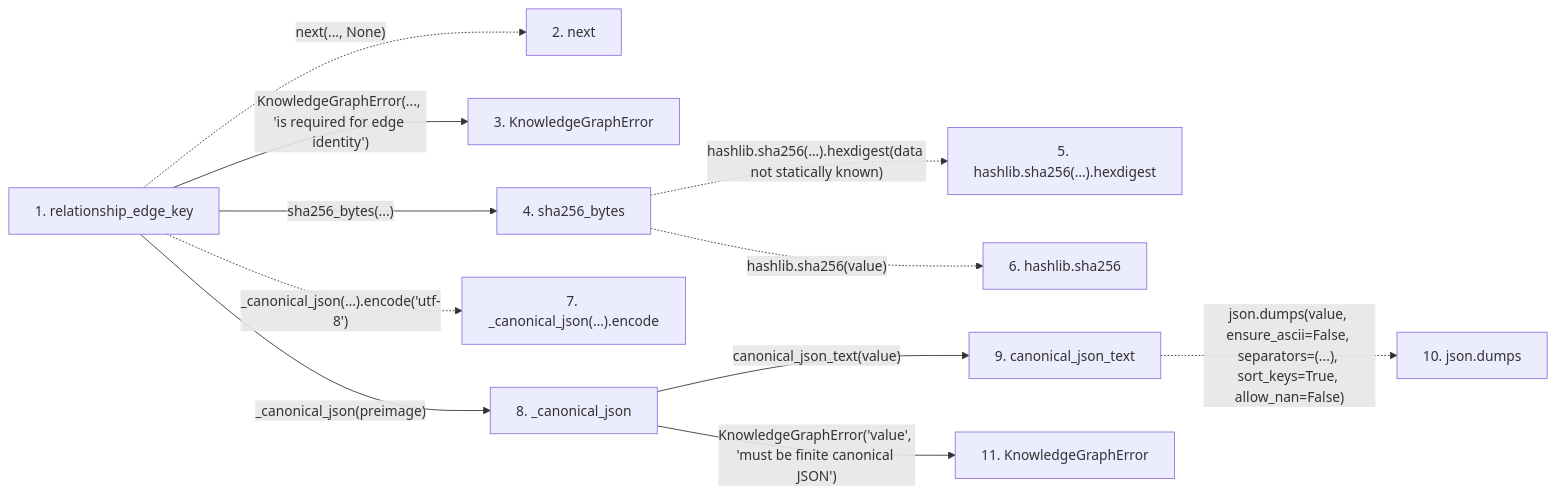
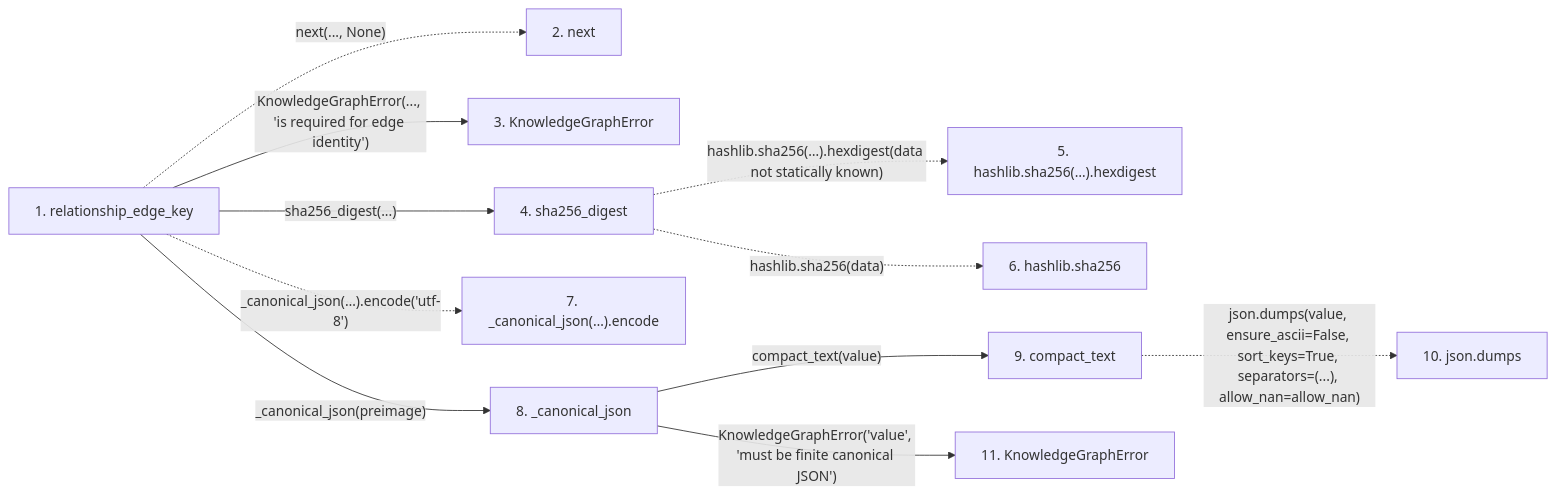
One commit to Denissvgn/python-wiki-llm changed the second of 2 diagrams in docs/llm_wiki/flows/api-relationship_edge_key.md. Above: the diagram before and after it, drawn with Mermaid. The commit also changed other lines of this file and 1555 other files, not shown here.

````diff
--- a/docs/llm_wiki/flows/api-relationship_edge_key.md
+++ b/docs/llm_wiki/flows/api-relationship_edge_key.md
@@ -70,30 +70,30 @@
 ```mermaid
 flowchart LR
     s1["1. relationship_edge_key"]
     s2["2. next"]
     s3["3. KnowledgeGraphError"]
-    s4["4. sha256_bytes"]
+    s4["4. sha256_digest"]
     s5["5. hashlib.sha256(…).hexdigest"]
     s6["6. hashlib.sha256"]
     s7["7. _canonical_json(…).encode"]
     s8["8. _canonical_json"]
-    s9["9. canonical_json_text"]
+    s9["9. compact_text"]
     s10["10. json.dumps"]
     s11["11. KnowledgeGraphError"]
     s1 -. "next(..., None)" .-> s2
     s1 -->|"KnowledgeGraphError(..., 'is required for edge identity')"| s3
-    s1 -->|"sha256_bytes(...)"| s4
+    s1 -->|"sha256_digest(...)"| s4
     s4 -. "hashlib.sha256(…).hexdigest(data not statically known)" .-> s5
-    s4 -. "hashlib.sha256(value)" .-> s6
+    s4 -. "hashlib.sha256(data)" .-> s6
     s1 -. "_canonical_json(…).encode('utf-8')" .-> s7
     s1 -->|"_canonical_json(preimage)"| s8
-    s8 -->|"canonical_json_text(value)"| s9
-    s9 -. "json.dumps(value, ensure_ascii=False, separators=(...), sort_keys=True, allow_nan=False)" .-> s10
+    s8 -->|"compact_text(value)"| s9
+    s9 -. "json.dumps(value, ensure_ascii=False, sort_keys=True, separators=(...), allow_nan=allow_nan)" .-> s10
     s8 -->|"KnowledgeGraphError('value', 'must be finite canonical JSON')"| s11
     click s1 "../modules/knowledge_graph.md"
     click s3 "../modules/knowledge_graph.md"
-    click s4 "../modules/knowledge_evidence.md"
+    click s4 "../modules/canonical_json.md"
     click s8 "../modules/knowledge_graph.md"
-    click s9 "../modules/knowledge_evidence.md"
+    click s9 "../modules/canonical_json.md"
     click s11 "../modules/knowledge_graph.md"
 ```
````
